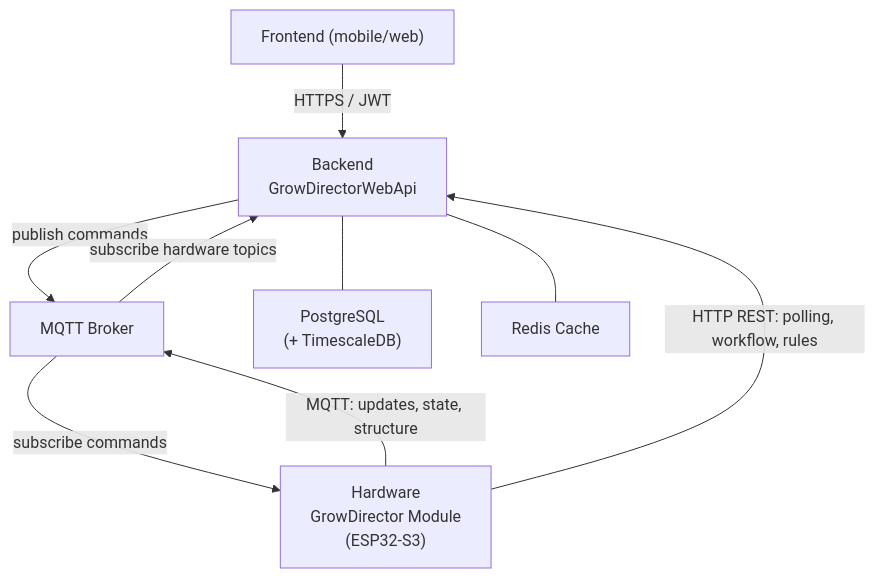
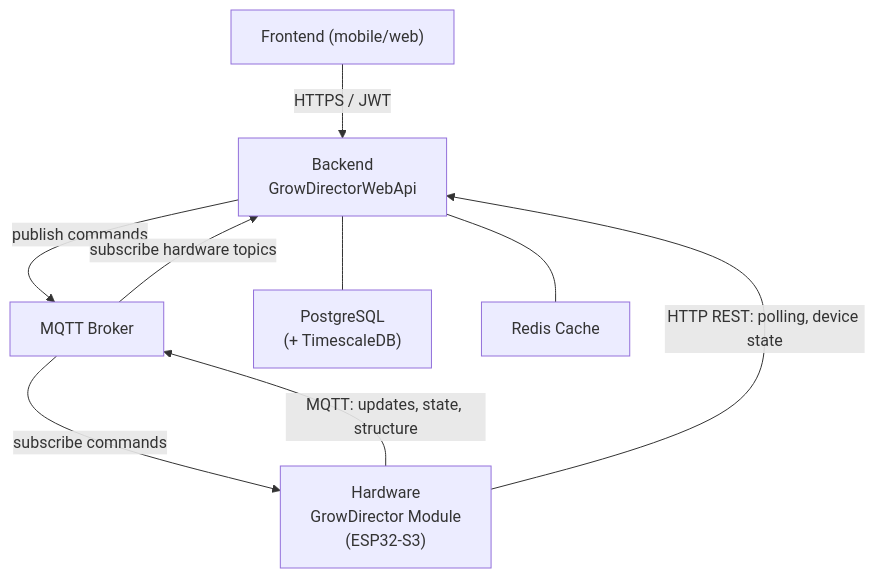
Before and after one commit to vlad15june/growdirectoresp32_s3_v3: the diagram in doc/backend-hardware/README.md, drawn with Mermaid. The commit also changed other lines of this file and 4 other files, not shown here.

````diff
--- a/doc/backend-hardware/README.md
+++ b/doc/backend-hardware/README.md
@@ -10,18 +10,18 @@
 ```mermaid
 graph TB
     FE["Frontend (mobile/web)"]
     BE["Backend<br/>GrowDirectorWebApi"]
     MQTT["MQTT Broker"]
     HW["Hardware<br/>GrowDirector Module<br/>(ESP32-S3)"]
     PG["PostgreSQL<br/>(+ TimescaleDB)"]
     RD["Redis Cache"]
 
     FE -- "HTTPS / JWT" --> BE
     BE -- "publish commands" --> MQTT
     MQTT -- "subscribe commands" --> HW
     HW -- "MQTT: updates, state, structure" --> MQTT
     MQTT -- "subscribe hardware topics" --> BE
-    HW -- "HTTP REST: polling, workflow, rules" --> BE
+    HW -- "HTTP REST: polling, device state" --> BE
     BE --- PG
     BE --- RD
 ```
````
